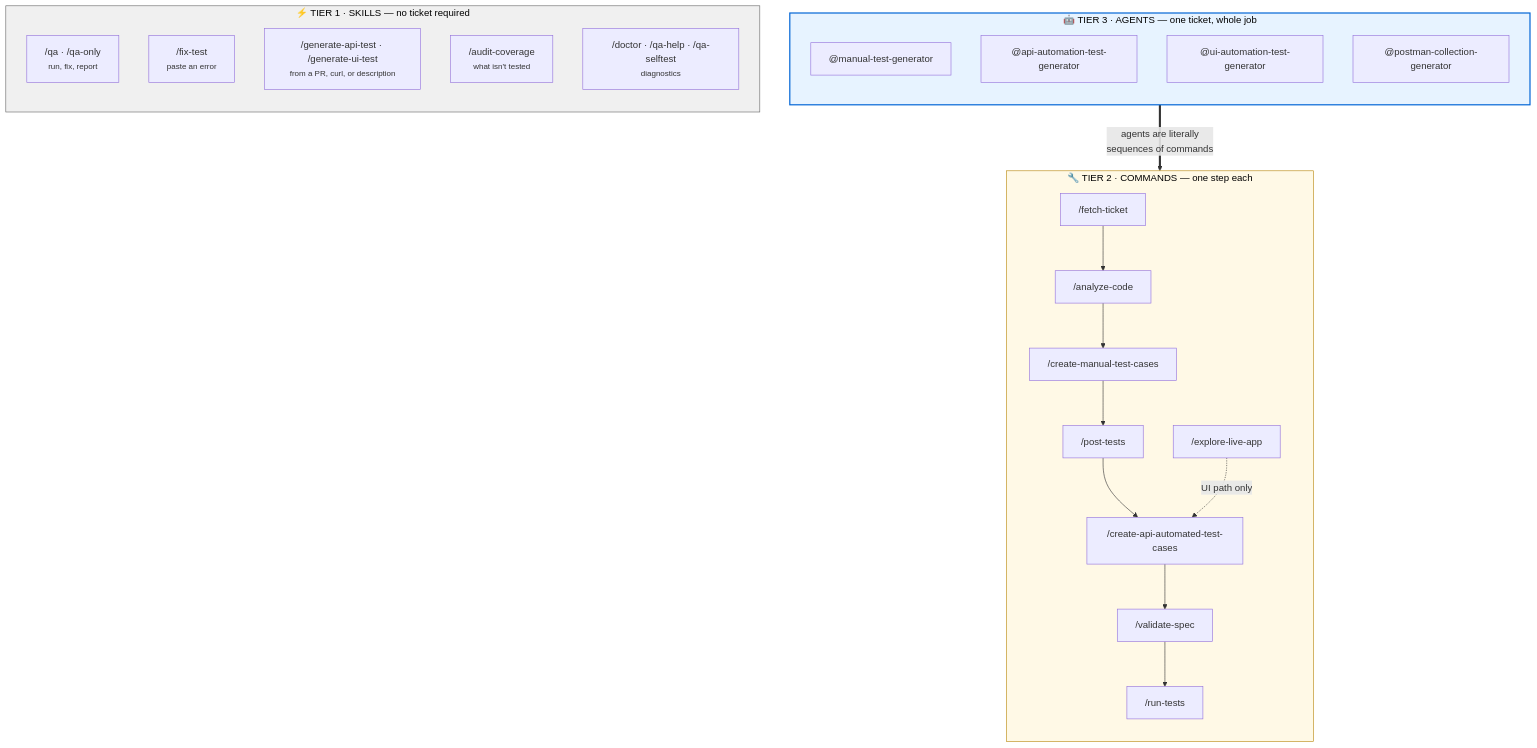
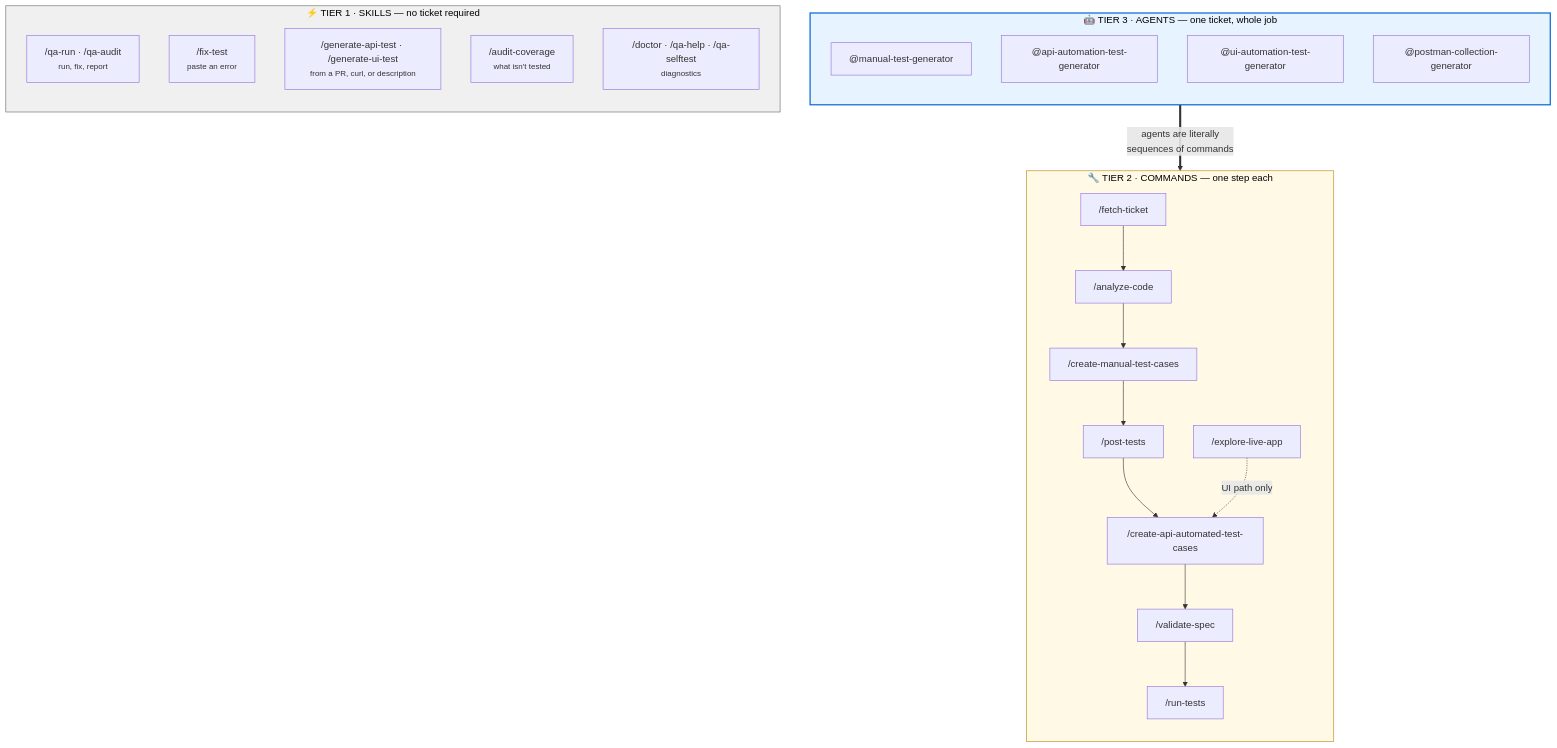
The fourth of 6 diagrams in AI-AUTOMATION-GUIDE.md (NitinTech9/QAAIAgentsTrio), drawn with Mermaid before and after one commit. The commit also changed other lines of this file and 9 other files, not shown here.

````diff
--- a/AI-AUTOMATION-GUIDE.md
+++ b/AI-AUTOMATION-GUIDE.md
@@ -278,33 +278,33 @@
 ```mermaid
 flowchart TB
     subgraph T3["🤖 TIER 3 · AGENTS — one ticket, whole job"]
         direction TB
         A1["@manual-test-generator"]
         A2["@api-automation-test-generator"]
         A3["@ui-automation-test-generator"]
         A4["@postman-collection-generator"]
     end
 
     subgraph T2["🔧 TIER 2 · COMMANDS — one step each"]
         direction TB
         C1["/fetch-ticket"] --> C2["/analyze-code"] --> C3["/create-manual-test-cases"]
         C3 --> C4["/post-tests"]
         C4 --> C5["/create-api-automated-test-cases"] --> C6["/validate-spec"] --> C7["/run-tests"]
         C8["/explore-live-app"] -.->|"UI path only"| C5
     end
 
     subgraph T1["⚡ TIER 1 · SKILLS — no ticket required"]
         direction TB
-        S1["/qa · /qa-only<br/><small>run, fix, report</small>"]
+        S1["/qa-run · /qa-audit<br/><small>run, fix, report</small>"]
         S2["/fix-test<br/><small>paste an error</small>"]
         S3["/generate-api-test · /generate-ui-test<br/><small>from a PR, curl, or description</small>"]
         S4["/audit-coverage<br/><small>what isn't tested</small>"]
         S5["/doctor · /qa-help · /qa-selftest<br/><small>diagnostics</small>"]
     end
 
     T3 ==>|"agents are literally<br/>sequences of commands"| T2
 
     style T3 fill:#e7f3ff,stroke:#0366d6,stroke-width:2px,color:#000
     style T2 fill:#fff9e6,stroke:#b8860b,color:#000
     style T1 fill:#f0f0f0,stroke:#666,color:#000
 ```
````
